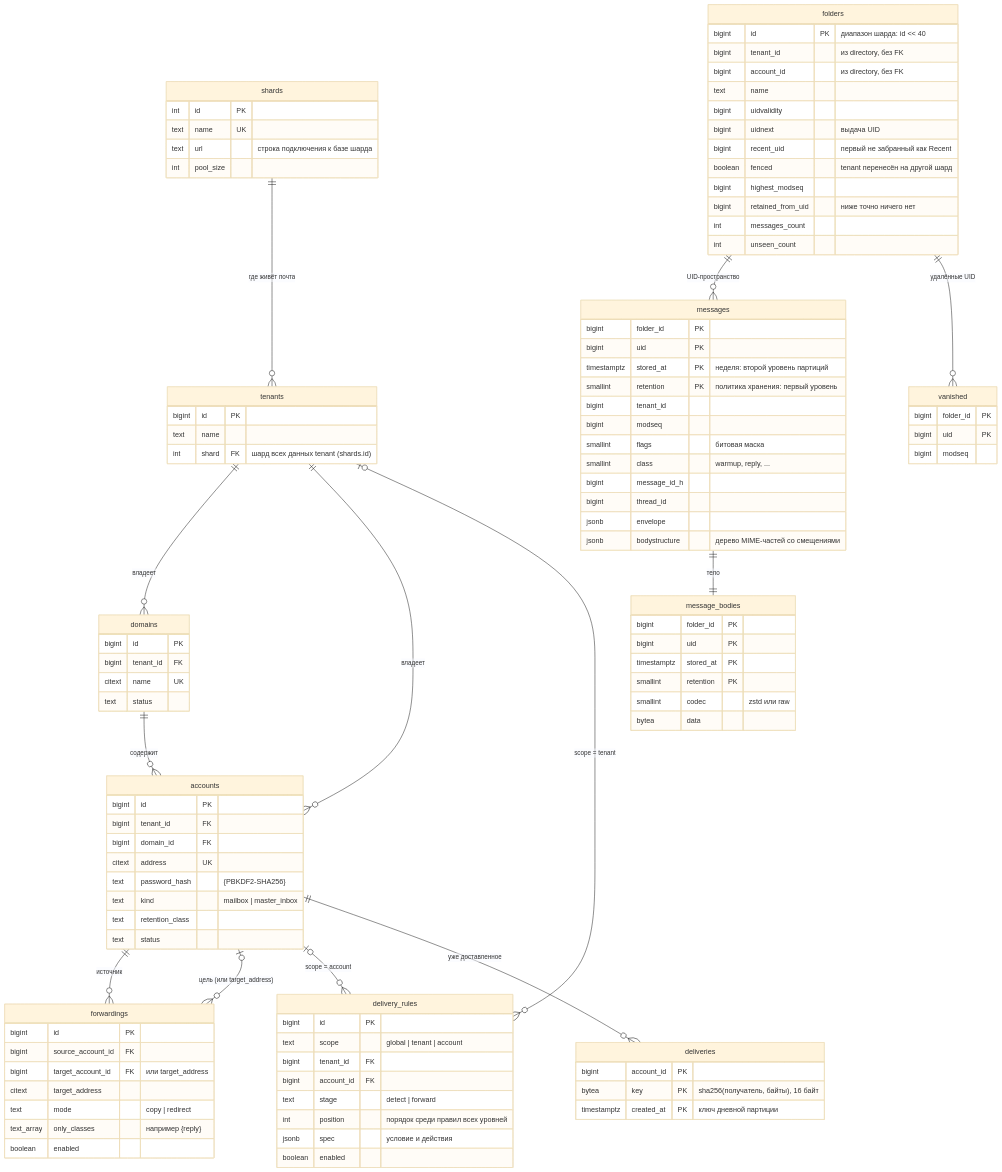
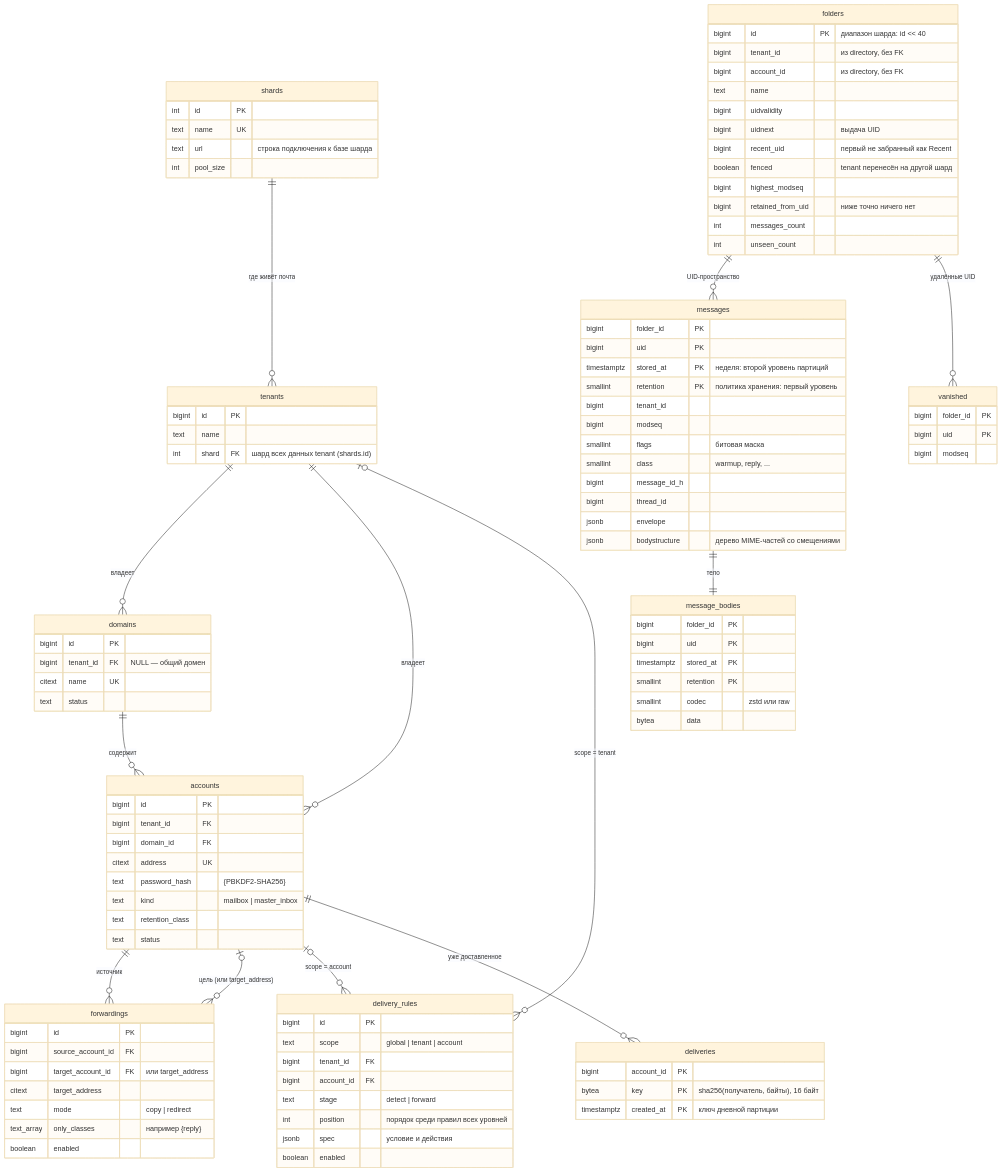
The sixth of 8 diagrams in docs/architecture.md (ichi404gh/mailstore), drawn with Mermaid (base theme) before and after one commit. The commit also changed 8 other files, not shown here.

```diff
--- a/docs/architecture.md
+++ b/docs/architecture.md
@@ -255,7 +255,7 @@
   }
   domains {
     bigint id PK
-    bigint tenant_id FK
+    bigint tenant_id FK "NULL — общий домен"
     citext name UK
     text status
   }
```
